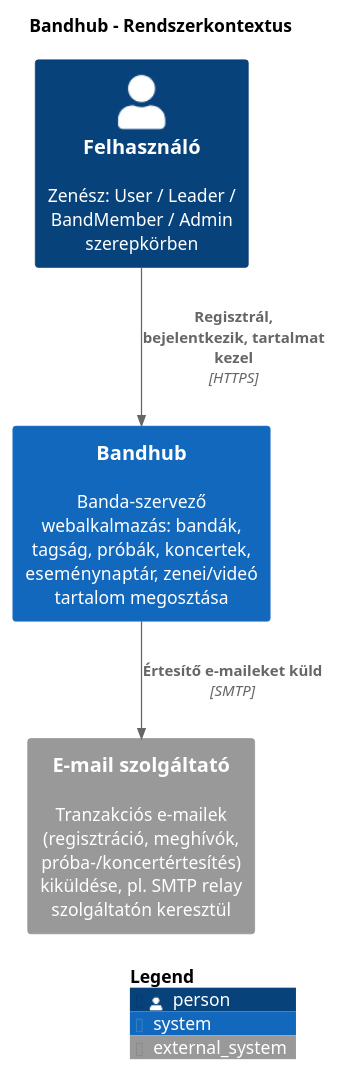
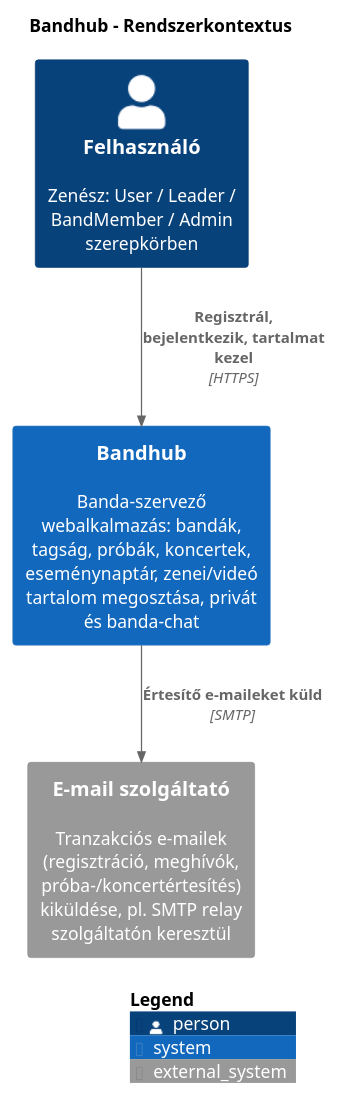
One commit to Kiyo200/BegBand changed the first of 4 diagrams in diagrams/c4.puml. Above: the diagram before and after it, drawn with PlantUML. The commit also changed other lines of this file and 12 other files, not shown here.

```diff
--- a/diagrams/c4.puml
+++ b/diagrams/c4.puml
@@ -10,14 +10,14 @@
 @startuml C4_Context
 !include <C4/C4_Context>
 
 title Bandhub - Rendszerkontextus
 
 Person(user, "Felhasználó", "Zenész: User / Leader / BandMember / Admin szerepkörben")
-System(bandhub, "Bandhub", "Banda-szervező webalkalmazás: bandák, tagság, próbák, koncertek, eseménynaptár, zenei/videó tartalom megosztása")
+System(bandhub, "Bandhub", "Banda-szervező webalkalmazás: bandák, tagság, próbák, koncertek, eseménynaptár, zenei/videó tartalom megosztása, privát és banda-chat")
 System_Ext(email, "E-mail szolgáltató", "Tranzakciós e-mailek (regisztráció, meghívók, próba-/koncertértesítés) kiküldése, pl. SMTP relay szolgáltatón keresztül")
 
 Rel(user, bandhub, "Regisztrál, bejelentkezik, tartalmat kezel", "HTTPS")
 Rel(bandhub, email, "Értesítő e-maileket küld", "SMTP")
 
 SHOW_LEGEND()
 @enduml
```
